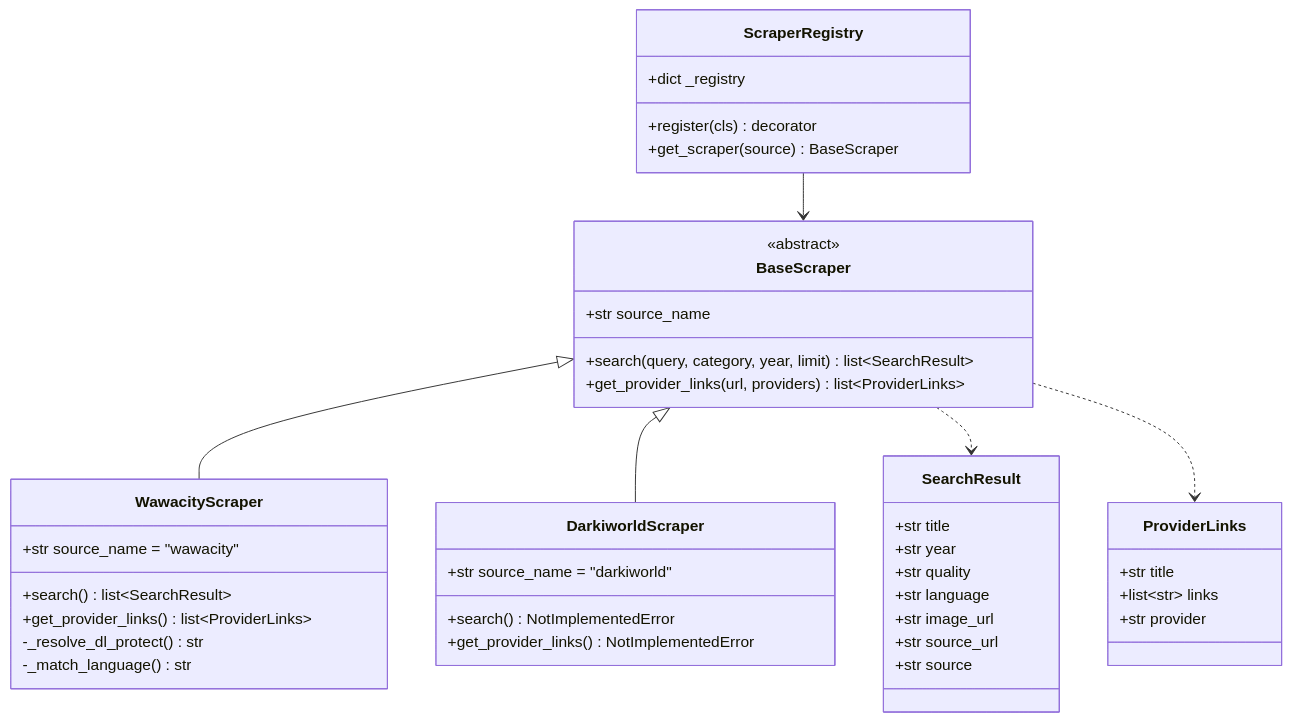
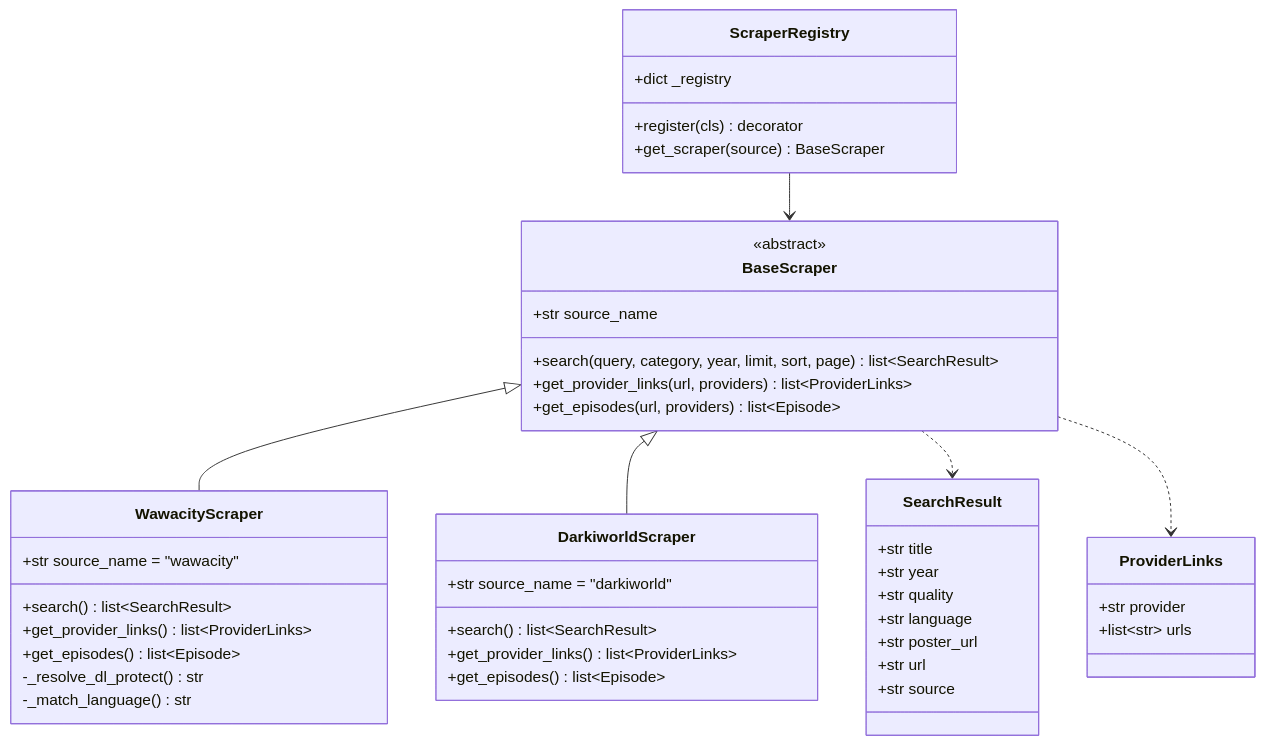
The sixth of 7 diagrams in docs/architecture-v2.md (Gon3s/dl_discord_bot), drawn with Mermaid before and after one commit. The commit also changed other lines of this file and 38 other files, not shown here.

````diff
--- a/docs/architecture-v2.md
+++ b/docs/architecture-v2.md
@@ -243,51 +244,53 @@
 ```mermaid
 classDiagram
     class BaseScraper {
         <<abstract>>
         +str source_name
-        +search(query, category, year, limit) list~SearchResult~
+        +search(query, category, year, limit, sort, page) list~SearchResult~
         +get_provider_links(url, providers) list~ProviderLinks~
+        +get_episodes(url, providers) list~Episode~
     }
 
     class SearchResult {
         +str title
         +str year
         +str quality
         +str language
-        +str image_url
-        +str source_url
+        +str poster_url
+        +str url
         +str source
     }
 
     class ProviderLinks {
-        +str title
-        +list~str~ links
         +str provider
+        +list~str~ urls
     }
 
     class WawacityScraper {
         +str source_name = "wawacity"
         +search() list~SearchResult~
         +get_provider_links() list~ProviderLinks~
+        +get_episodes() list~Episode~
         -_resolve_dl_protect() str
         -_match_language() str
     }
 
     class DarkiworldScraper {
         +str source_name = "darkiworld"
-        +search() NotImplementedError
-        +get_provider_links() NotImplementedError
+        +search() list~SearchResult~
+        +get_provider_links() list~ProviderLinks~
+        +get_episodes() list~Episode~
     }
 
     class ScraperRegistry {
         +dict _registry
         +register(cls) decorator
         +get_scraper(source) BaseScraper
     }
 
     BaseScraper <|-- WawacityScraper
     BaseScraper <|-- DarkiworldScraper
     BaseScraper ..> SearchResult
     BaseScraper ..> ProviderLinks
     ScraperRegistry --> BaseScraper
 ```
````
